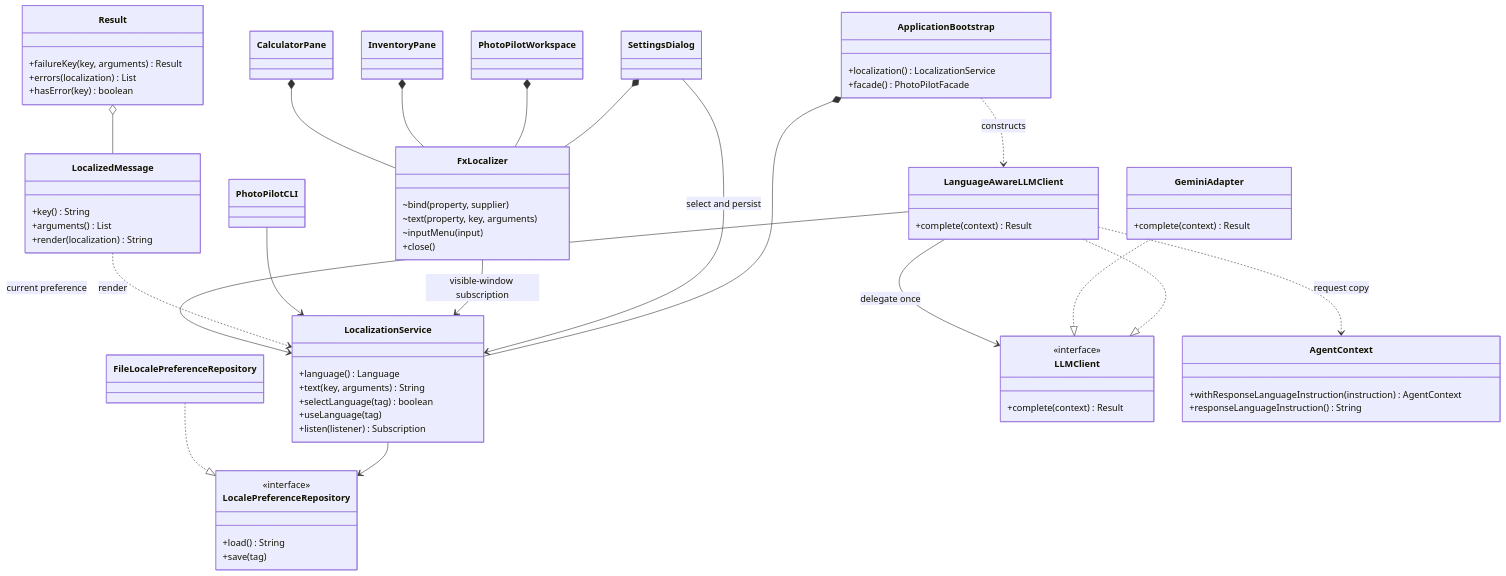
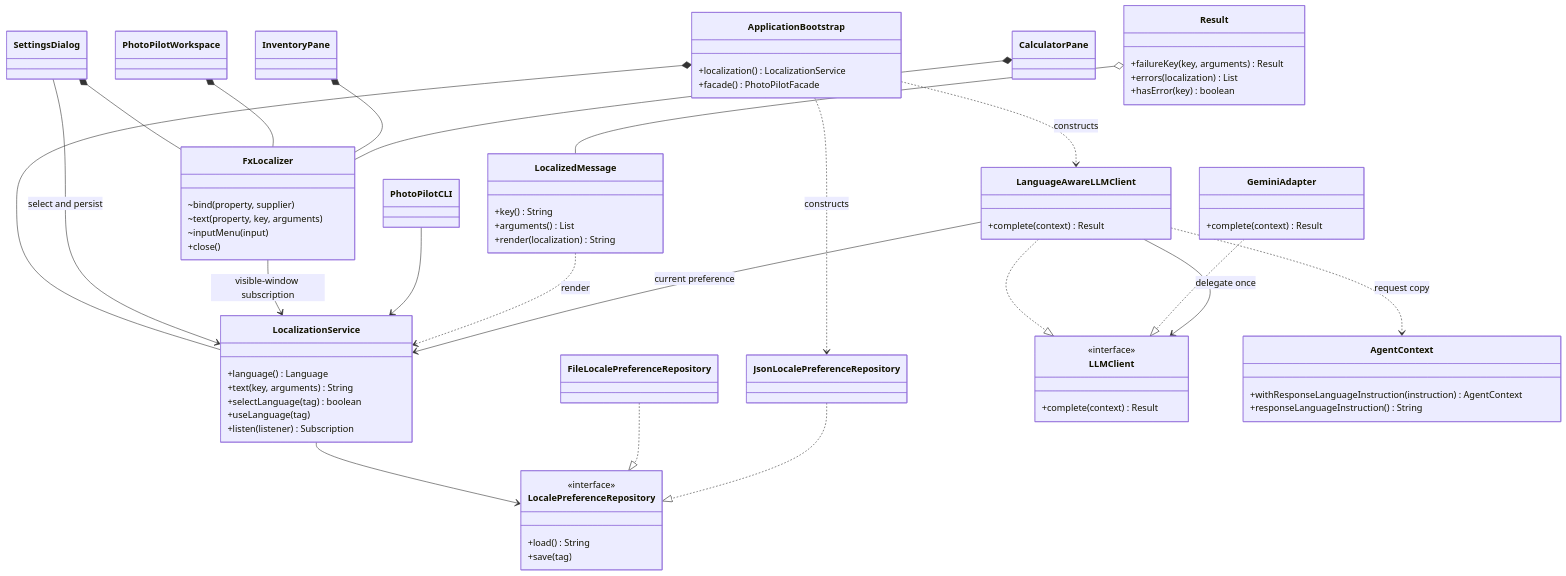
Before and after one commit to zboToronto/PhotoPilot: the first of 2 diagrams in Stage2/docs/localization-architecture.md, drawn with Mermaid. The commit also changed other lines of this file and 35 other files, not shown here.

````diff
--- a/Stage2/docs/localization-architecture.md
+++ b/Stage2/docs/localization-architecture.md
@@ -5,73 +7,76 @@
 ```mermaid
 classDiagram
     class ApplicationBootstrap {
         +localization() LocalizationService
         +facade() PhotoPilotFacade
     }
     class LocalizationService {
         +language() Language
         +text(key, arguments) String
         +selectLanguage(tag) boolean
         +useLanguage(tag)
         +listen(listener) Subscription
     }
     class LocalePreferenceRepository {
         <<interface>>
         +load() String
         +save(tag)
     }
+    class JsonLocalePreferenceRepository
     class FileLocalePreferenceRepository
     class FxLocalizer {
         ~bind(property, supplier)
         ~text(property, key, arguments)
         ~inputMenu(input)
         +close()
     }
     class SettingsDialog
     class PhotoPilotWorkspace
     class InventoryPane
     class CalculatorPane
     class PhotoPilotCLI
     class LocalizedMessage {
         +key() String
         +arguments() List
         +render(localization) String
     }
     class Result {
         +failureKey(key, arguments) Result
         +errors(localization) List
         +hasError(key) boolean
     }
     class LLMClient {
         <<interface>>
         +complete(context) Result
     }
     class LanguageAwareLLMClient {
         +complete(context) Result
     }
     class GeminiAdapter {
         +complete(context) Result
     }
     class AgentContext {
         +withResponseLanguageInstruction(instruction) AgentContext
         +responseLanguageInstruction() String
     }
     ApplicationBootstrap *-- LocalizationService
     ApplicationBootstrap ..> LanguageAwareLLMClient : constructs
     LocalizationService --> LocalePreferenceRepository
     FileLocalePreferenceRepository ..|> LocalePreferenceRepository
+    JsonLocalePreferenceRepository ..|> LocalePreferenceRepository
+    ApplicationBootstrap ..> JsonLocalePreferenceRepository : constructs
     SettingsDialog --> LocalizationService : select and persist
     SettingsDialog *-- FxLocalizer
     PhotoPilotWorkspace *-- FxLocalizer
     InventoryPane *-- FxLocalizer
     CalculatorPane *-- FxLocalizer
     FxLocalizer --> LocalizationService : visible-window subscription
     PhotoPilotCLI --> LocalizationService
     Result o-- LocalizedMessage
     LocalizedMessage ..> LocalizationService : render
     LanguageAwareLLMClient ..|> LLMClient
     GeminiAdapter ..|> LLMClient
     LanguageAwareLLMClient --> LLMClient : delegate once
     LanguageAwareLLMClient --> LocalizationService : current preference
     LanguageAwareLLMClient ..> AgentContext : request copy
 ```
````
